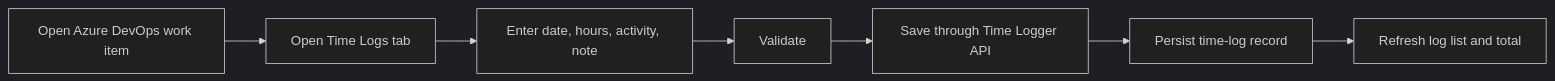
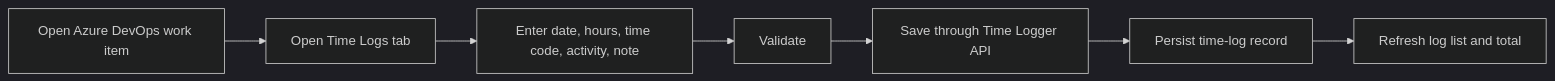
The diagram in README.md (Deshanm123/azure-time-logger), drawn with Mermaid (dark theme) before and after one commit. The commit also changed other lines of this file and 28 other files, not shown here.

Commit message:
Add work item time code selection

````diff
--- a/README.md
+++ b/README.md
@@ -107,9 +108,9 @@
 ```mermaid
 flowchart LR
     A[Open Azure DevOps work item] --> B[Open Time Logs tab]
-    B --> C[Enter date, hours, activity, note]
+    B --> C[Enter date, hours, time code, activity, note]
     C --> D[Validate]
     D --> E[Save through Time Logger API]
     E --> F[Persist time-log record]
     F --> G[Refresh log list and total]
 ```
````
